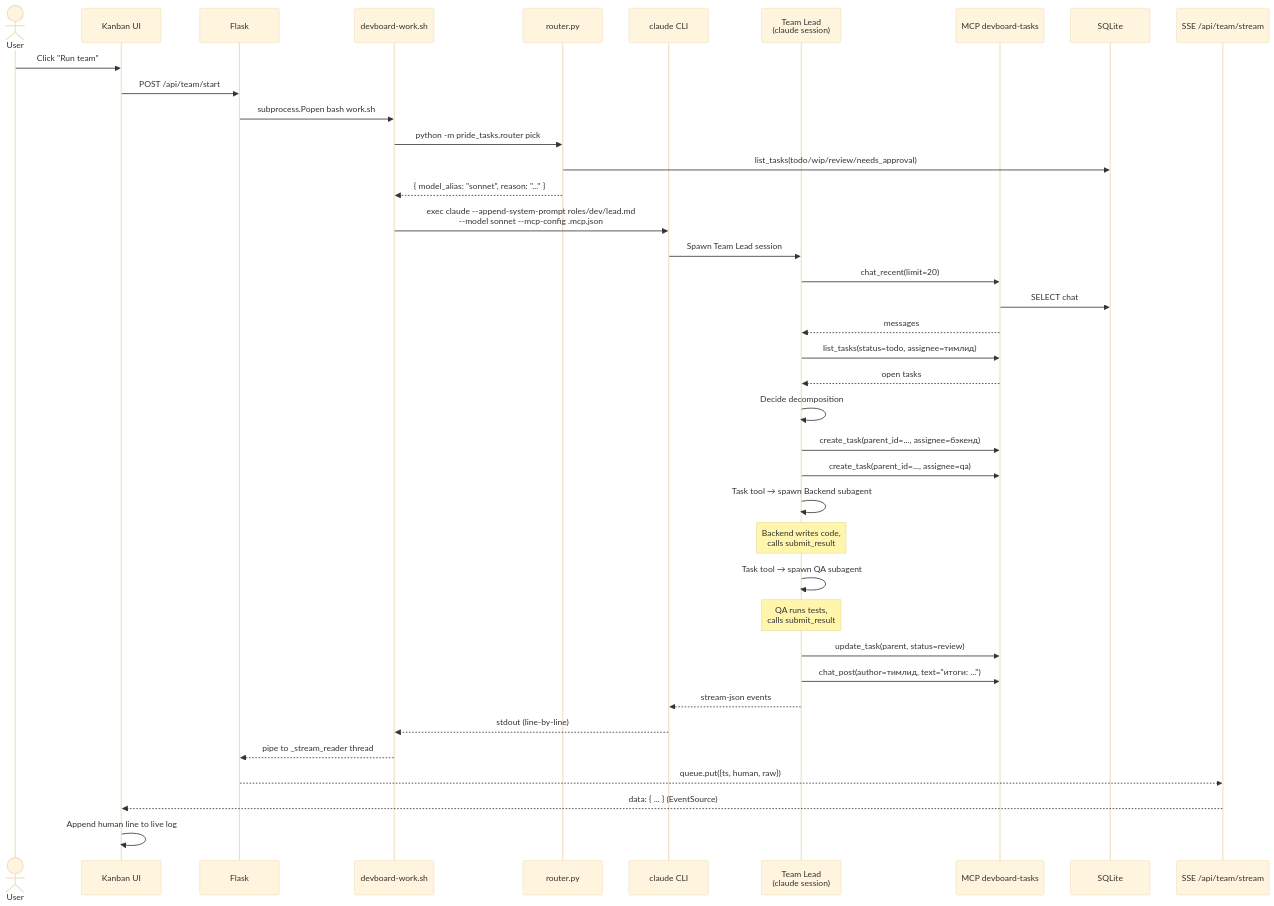
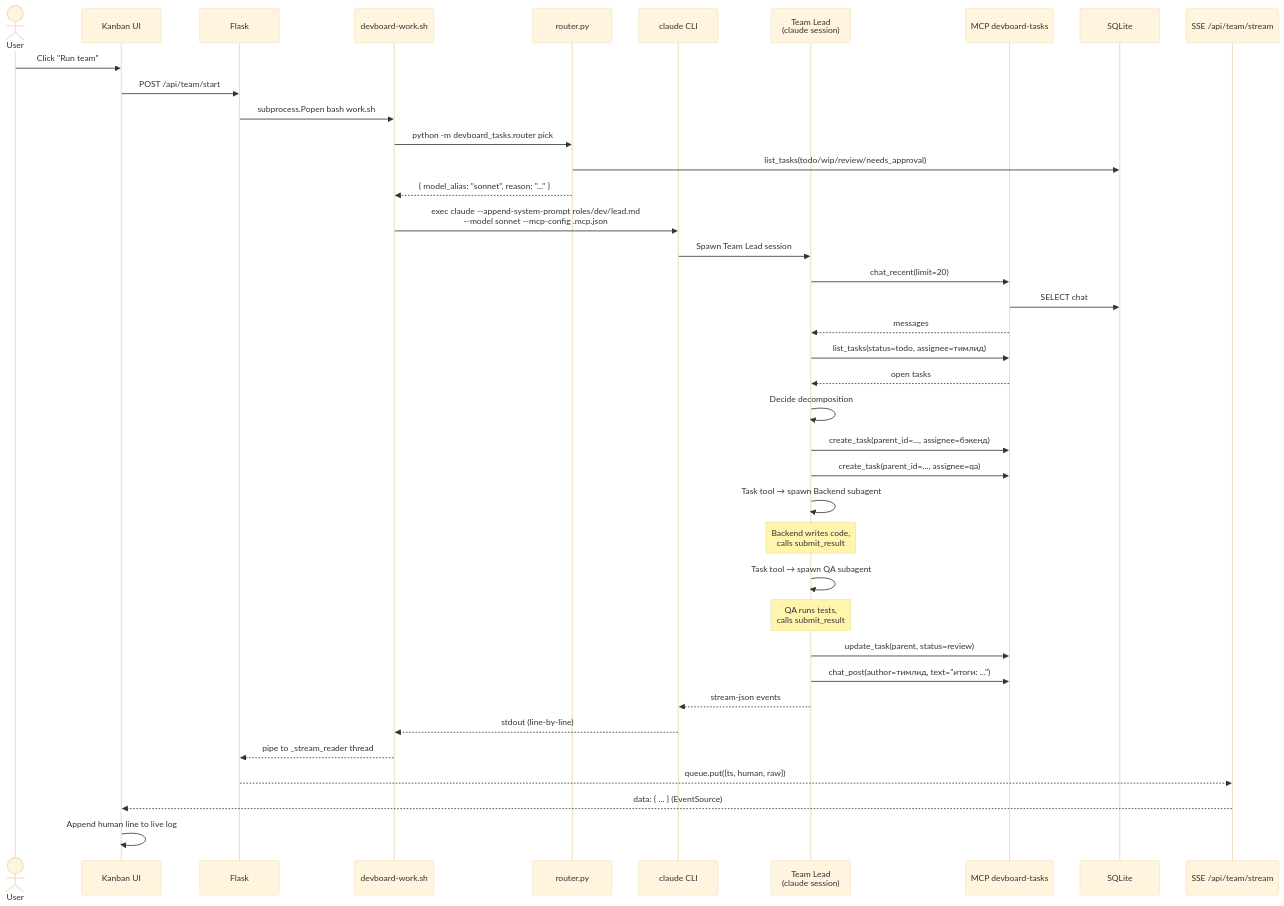
The third of 5 diagrams in ARCHITECTURE.md (rdm9x/devboard), drawn with Mermaid (base theme) before and after one commit. The commit also changed other lines of this file and 4 other files, not shown here.

First line of the commit message:
docs(D1): rename pride→devboard in root documentation

````diff
--- a/ARCHITECTURE.md
+++ b/ARCHITECTURE.md
@@ -271,42 +271,42 @@
 ```mermaid
 sequenceDiagram
     actor U as User
     participant UI as Kanban UI
     participant F as Flask
     participant Sh as devboard-work.sh
     participant R as router.py
     participant C as claude CLI
     participant L as Team Lead<br/>(claude session)
     participant M as MCP devboard-tasks
     participant DB as SQLite
     participant SE as SSE /api/team/stream
 
     U->>UI: Click "Run team"
     UI->>F: POST /api/team/start
     F->>Sh: subprocess.Popen bash work.sh
-    Sh->>R: python -m pride_tasks.router pick
+    Sh->>R: python -m devboard_tasks.router pick
     R->>DB: list_tasks(todo/wip/review/needs_approval)
     R-->>Sh: { model_alias: "sonnet", reason: "..." }
     Sh->>C: exec claude --append-system-prompt roles/dev/lead.md<br/>--model sonnet --mcp-config .mcp.json
     C->>L: Spawn Team Lead session
     L->>M: chat_recent(limit=20)
     M->>DB: SELECT chat
     M-->>L: messages
     L->>M: list_tasks(status=todo, assignee=тимлид)
     M-->>L: open tasks
     L->>L: Decide decomposition
     L->>M: create_task(parent_id=..., assignee=бэкенд)
     L->>M: create_task(parent_id=..., assignee=qa)
     L->>L: Task tool → spawn Backend subagent
     Note over L: Backend writes code,<br/>calls submit_result
     L->>L: Task tool → spawn QA subagent
     Note over L: QA runs tests,<br/>calls submit_result
     L->>M: update_task(parent, status=review)
     L->>M: chat_post(author=тимлид, text="итоги: ...")
     L-->>C: stream-json events
     C-->>Sh: stdout (line-by-line)
     Sh-->>F: pipe to _stream_reader thread
     F-->>SE: queue.put({ts, human, raw})
     SE-->>UI: data: { ... } (EventSource)
     UI->>UI: Append human line to live log
 ```
````
